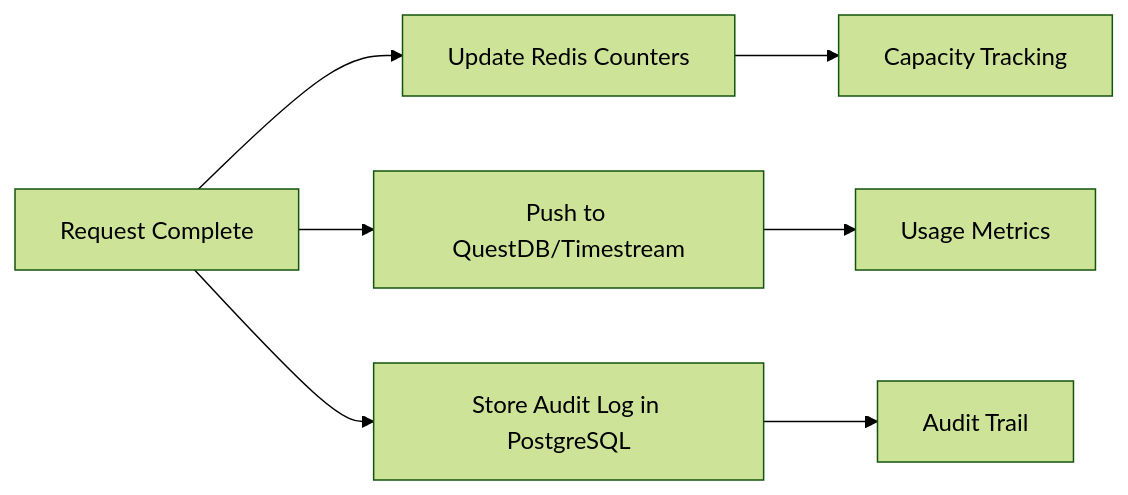
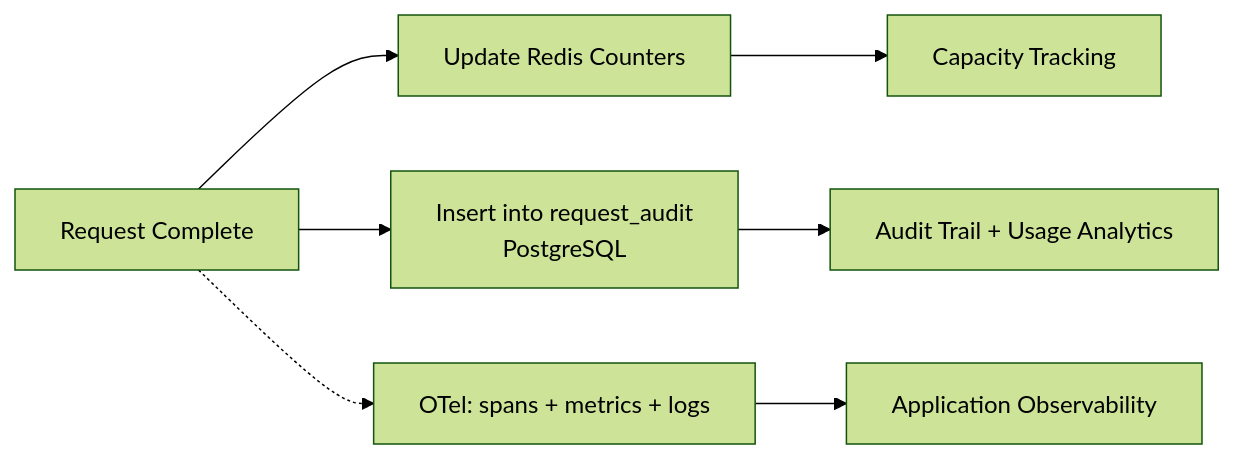
One commit to vm-x-ai/vm-x-ai changed the ninth of 12 diagrams in docs/docs/architecture.md. Above: the diagram before and after it, drawn with Mermaid (forest theme). The commit also changed other lines of this file and 687 other files, not shown here.

````diff
--- a/docs/docs/architecture.md
+++ b/docs/docs/architecture.md
@@ -294,10 +303,10 @@
 ```mermaid
 flowchart LR
     A[Request Complete] --> B[Update Redis Counters]
-    A --> C[Push to QuestDB/Timestream]
-    A --> D[Store Audit Log in PostgreSQL]
+    A --> D[Insert into request_audit<br/>PostgreSQL]
+    A -.-> E[OTel: spans + metrics + logs]
 
-    B --> E[Capacity Tracking]
-    C --> F[Usage Metrics]
-    D --> G[Audit Trail]
+    B --> F[Capacity Tracking]
+    D --> G[Audit Trail + Usage Analytics]
+    E --> H[Application Observability]
 ```
````
